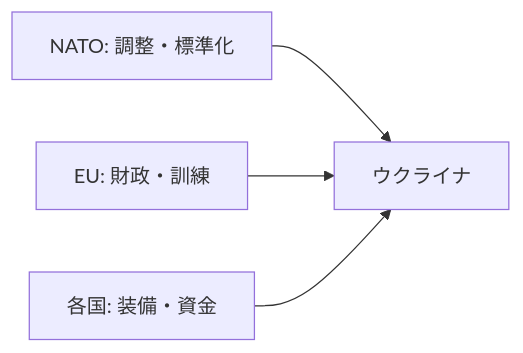
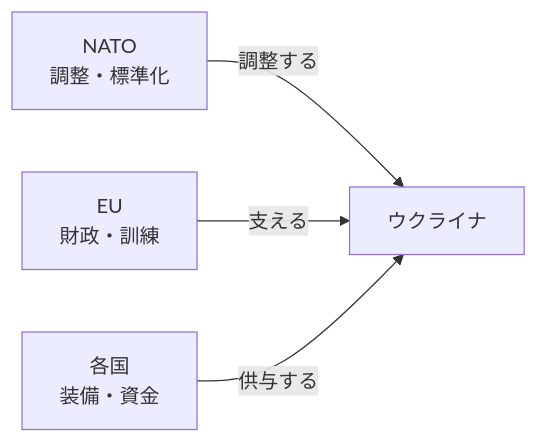
Before and after one commit to daylight55/research: the diagram in articles/report/nato-ukraine-support-current/ja/index.mdx, drawn with Mermaid. The commit also changed 181 other files, not shown here.

First line of the commit message:
全記事の図解368点を再生成し、共通注意書きを削除 (#402)

````diff
--- a/articles/report/nato-ukraine-support-current/ja/index.mdx
+++ b/articles/report/nato-ukraine-support-current/ja/index.mdx
@@ -35,10 +35,12 @@
 ```mermaid
 flowchart LR
-    NATO[NATO: 調整・標準化]
-    EU[EU: 財政・訓練]
-    States[各国: 装備・資金]
-    Ukraine[ウクライナ]
-    NATO --> Ukraine
-    EU --> Ukraine
-    States --> Ukraine
+  accTitle: NATO・EU・各国のウクライナ支援を分ける
+  accDescr: NATOの調整・標準化、EUの財政・訓練、各国の装備・資金は異なる経路でウクライナを支える。
+  N0["NATO<br/>調整・標準化"]
+  N1["EU<br/>財政・訓練"]
+  N2["各国<br/>装備・資金"]
+  N3["ウクライナ"]
+  N0 -->|調整する| N3
+  N1 -->|支える| N3
+  N2 -->|供与する| N3
 ```
````
